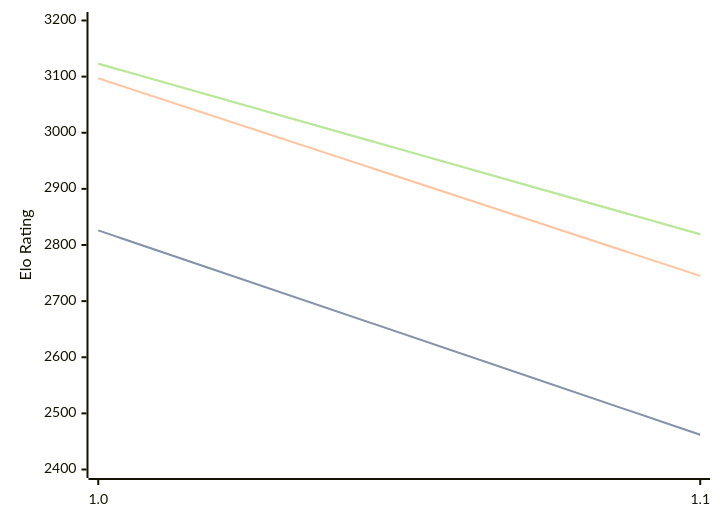
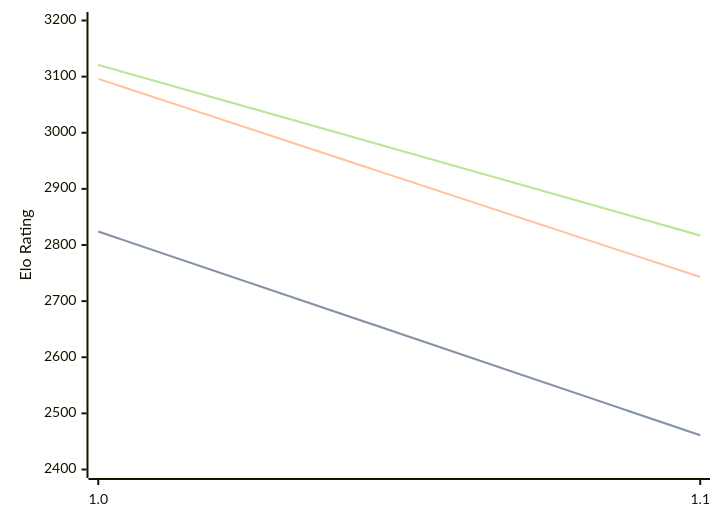
The diagram in engines/Publius.md (computer-chess-index/cci), drawn with Mermaid before and after one commit. The commit also changed other lines of this file, not shown here.

Commit message:
Update CCI Ratings (ELO VLTC) - 2026-06-07

````diff
--- a/engines/Publius.md
+++ b/engines/Publius.md
@@ -32,11 +32,11 @@
 ```mermaid
 %%{init: {"theme":"base","themeVariables":{"seriesColors:['#a3a3a3','#222221','#faa371']}}}%%
 xychart-beta
   x-axis ["1.0", "1.1"]
   y-axis "Elo Rating" 2400 --> 3200
-  line "STC (8.0+0.08s)" [2826, 2462]
-  line "STC (8.0+0.08s)" [2826, 2462]
-  line "LTC (60.0+0.60s)" [3097, 2745]
-  line "VLTC (2m24s+1.12s)" [3123, 2819]
-  line "VLTC (2m24s+1.12s)" [3123, 2819]
+  line "STC (8.0+0.08s)" [2824, 2461]
+  line "STC (8.0+0.08s)" [2824, 2461]
+  line "LTC (60.0+0.60s)" [3096, 2743]
+  line "VLTC (2m24s+1.12s)" [3121, 2817]
+  line "VLTC (2m24s+1.12s)" [3121, 2817]
 ```
````
